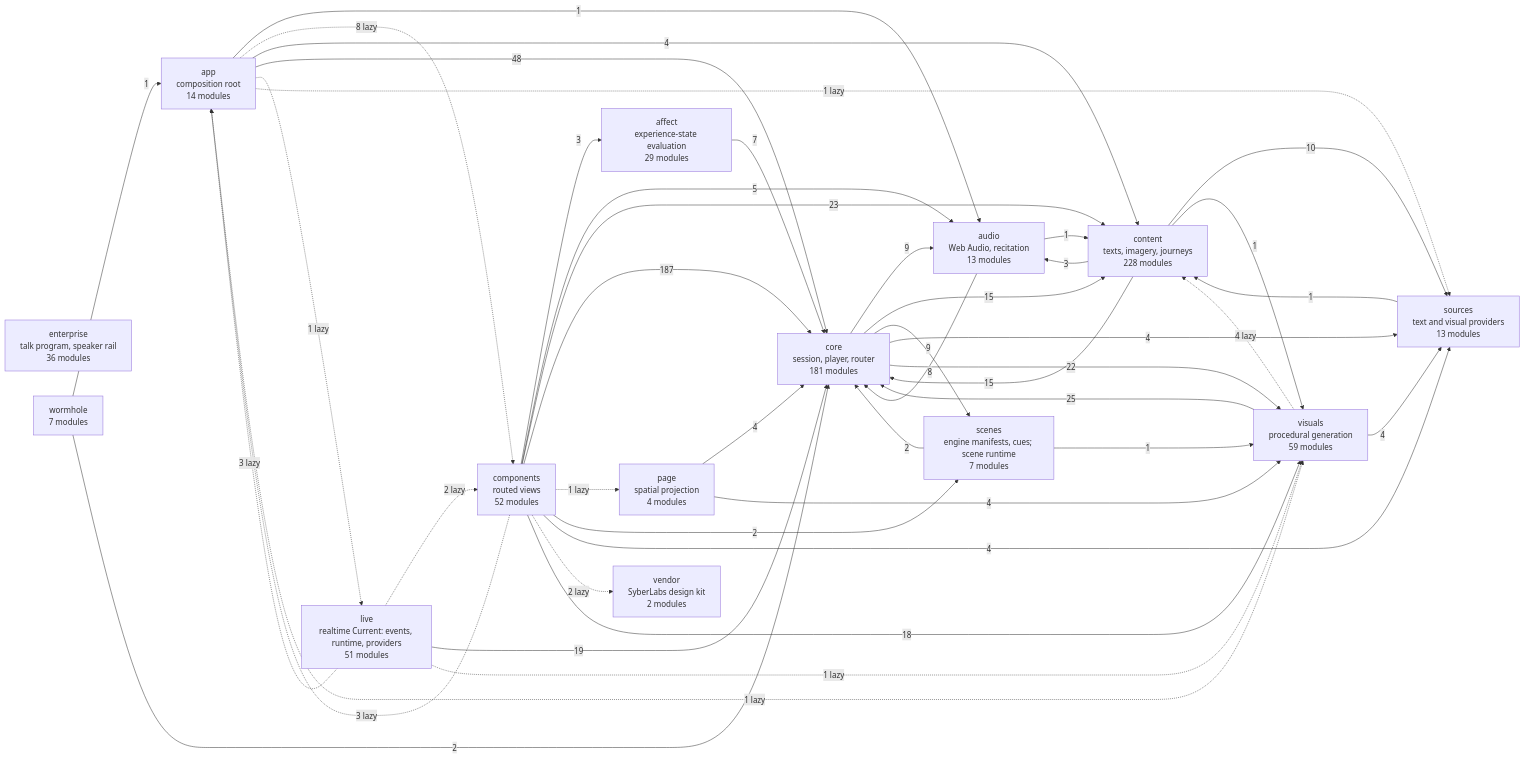
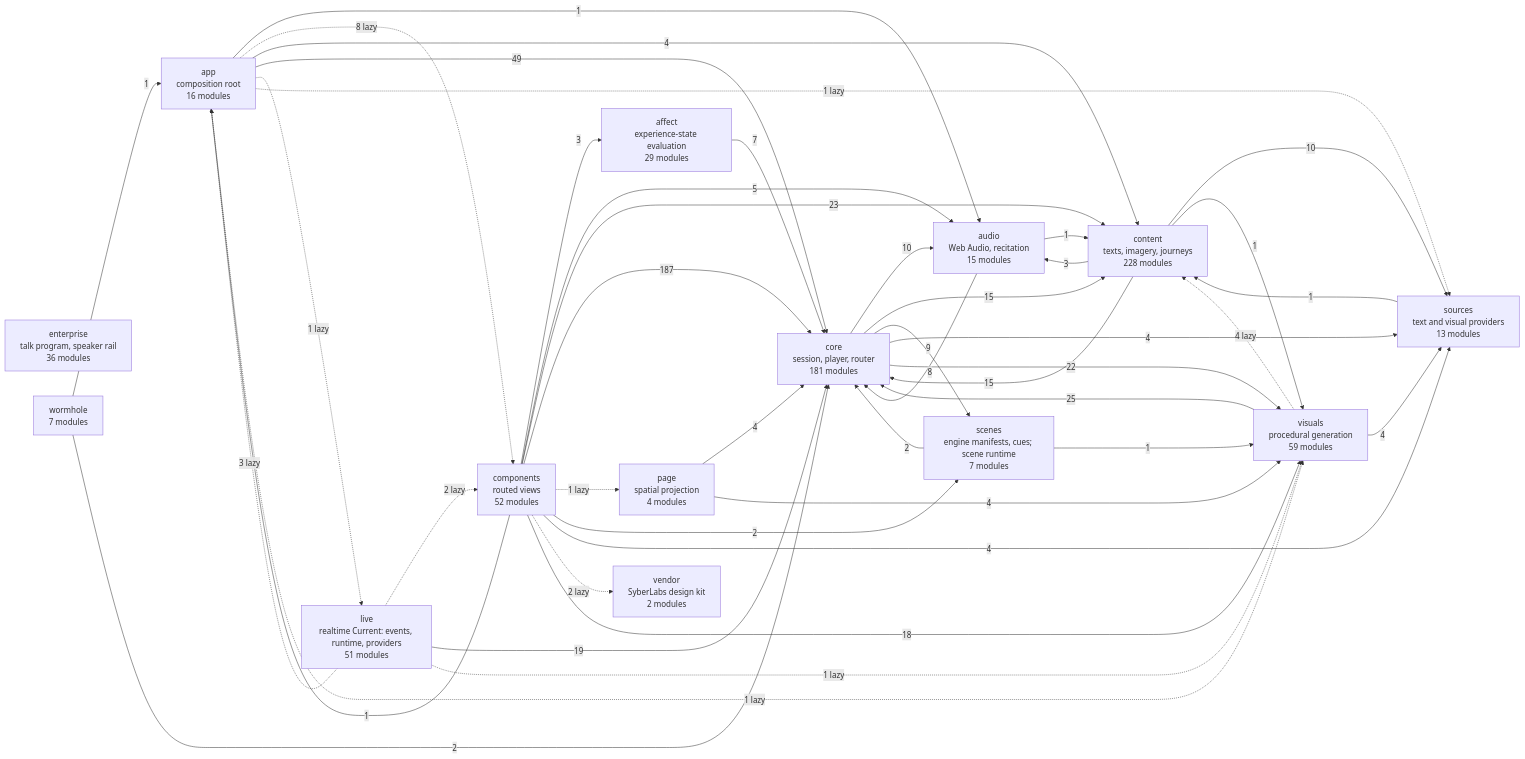
The diagram in docs/specs/ARCHITECTURE.md (SyberLabs/RISE), drawn with Mermaid before and after one commit. The commit also changed other lines of this file and 34 other files, not shown here.

````diff
--- a/docs/specs/ARCHITECTURE.md
+++ b/docs/specs/ARCHITECTURE.md
@@ -156,61 +161,61 @@
 ```mermaid
 flowchart LR
     affect["affect<br/>experience-state evaluation<br/>29 modules"]
-    app["app<br/>composition root<br/>14 modules"]
-    audio["audio<br/>Web Audio, recitation<br/>13 modules"]
+    app["app<br/>composition root<br/>16 modules"]
+    audio["audio<br/>Web Audio, recitation<br/>15 modules"]
     components["components<br/>routed views<br/>52 modules"]
     content["content<br/>texts, imagery, journeys<br/>228 modules"]
     core["core<br/>session, player, router<br/>181 modules"]
     enterprise["enterprise<br/>talk program, speaker rail<br/>36 modules"]
     live["live<br/>realtime Current: events, runtime, providers<br/>51 modules"]
     page["page<br/>spatial projection<br/>4 modules"]
     scenes["scenes<br/>engine manifests, cues; scene runtime<br/>7 modules"]
     sources["sources<br/>text and visual providers<br/>13 modules"]
     vendor["vendor<br/>SyberLabs design kit<br/>2 modules"]
     visuals["visuals<br/>procedural generation<br/>59 modules"]
     wormhole["wormhole<br/>7 modules"]
 
     affect --> |7| core
     app --> |1| audio
     app -.-> |8 lazy| components
     app --> |4| content
-    app --> |48| core
+    app --> |49| core
     app -.-> |1 lazy| live
     app -.-> |1 lazy| sources
     app -.-> |1 lazy| visuals
     audio --> |1| content
     audio --> |8| core
     components --> |3| affect
-    components -.-> |3 lazy| app
+    components --> |1| app
     components --> |5| audio
     components --> |23| content
     components --> |187| core
     components -.-> |1 lazy| page
     components --> |2| scenes
     components --> |4| sources
     components -.-> |2 lazy| vendor
     components --> |18| visuals
     content --> |3| audio
     content --> |15| core
     content --> |10| sources
     content --> |1| visuals
-    core --> |9| audio
+    core --> |10| audio
     core --> |15| content
     core --> |9| scenes
     core --> |4| sources
     core --> |22| visuals
     live -.-> |3 lazy| app
     live -.-> |2 lazy| components
     live --> |19| core
     live -.-> |1 lazy| visuals
     page --> |4| core
     page --> |4| visuals
     scenes --> |2| core
     scenes --> |1| visuals
     sources --> |1| content
     visuals -.-> |4 lazy| content
     visuals --> |25| core
     visuals --> |4| sources
     wormhole --> |1| app
     wormhole --> |2| core
 ```
````
